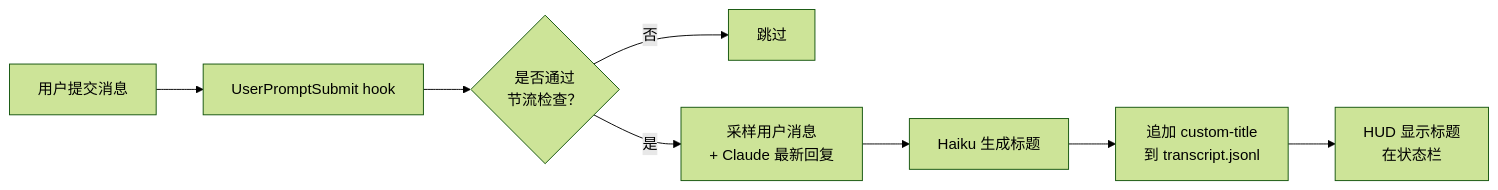
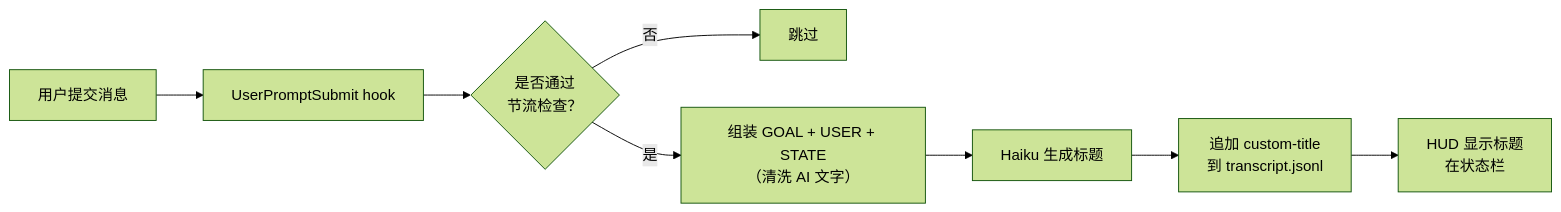
One commit to macworld/claude-live-title changed the diagram in README_ZH.md. Above: the diagram before and after it, drawn with Mermaid (forest theme). The commit also changed other lines of this file and 4 other files, not shown here.

First line of the commit message:
release: 1.2.0 — GOAL/USER/STATE dialog + sanitize pipeline

````diff
--- a/README_ZH.md
+++ b/README_ZH.md
@@ -42,10 +45,10 @@
 ```mermaid
 flowchart LR
     A[用户提交消息] --> B[UserPromptSubmit hook]
     B --> C{是否通过<br/>节流检查？}
     C -->|否| D[跳过]
-    C -->|是| E["采样用户消息<br/>+ Claude 最新回复"]
+    C -->|是| E["组装 GOAL + USER + STATE<br/>（清洗 AI 文字）"]
     E --> F[Haiku 生成标题]
     F --> G[追加 custom-title<br/>到 transcript.jsonl]
     G --> H[HUD 显示标题<br/>在状态栏]
 ```
````
